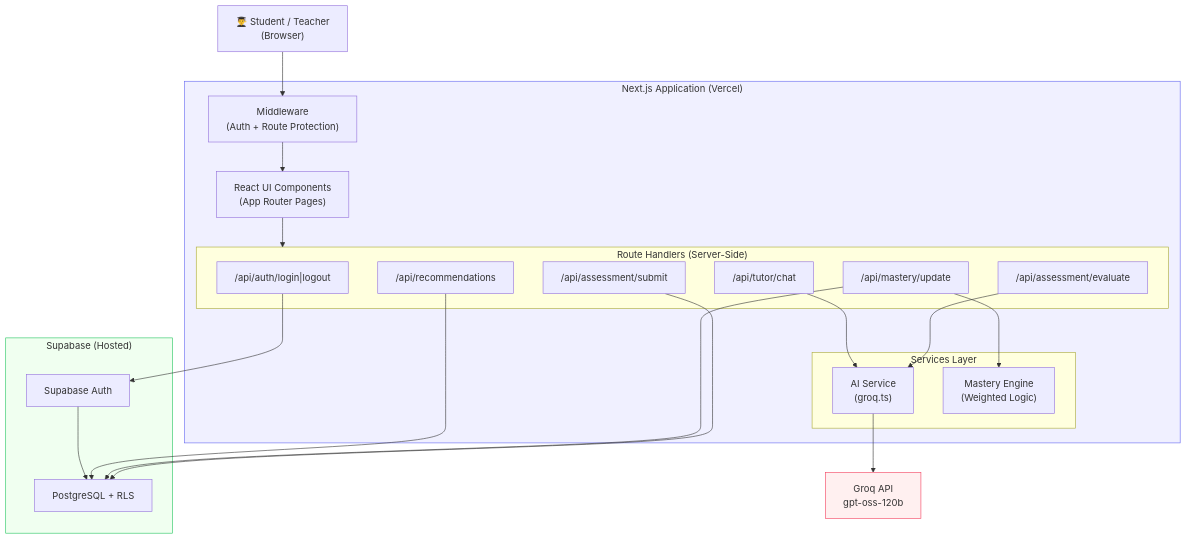
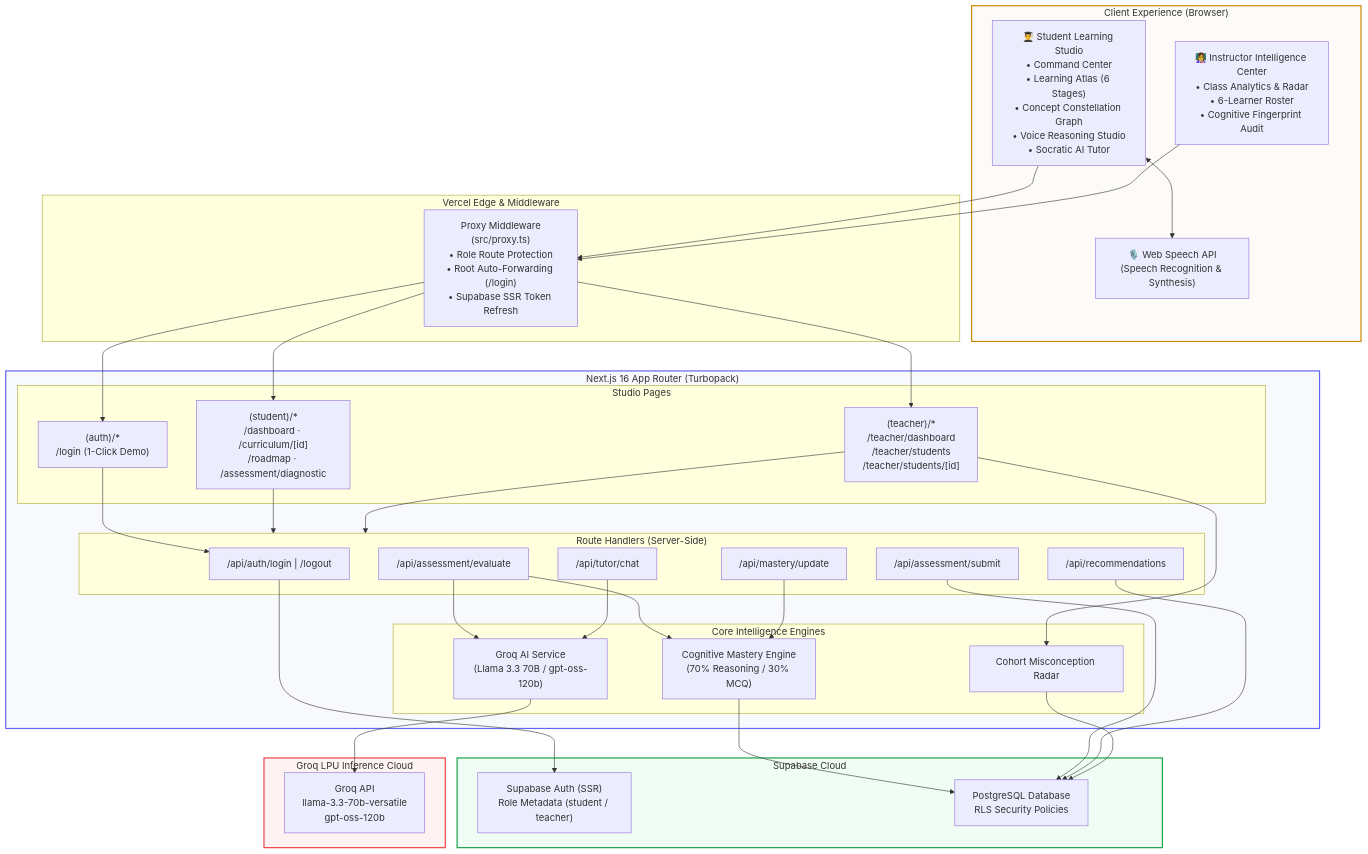
One commit to SK7Cosmo/Agentic-IQ changed the diagram in docs/architecture/system-architecture.mmd. Above: the diagram before and after it, drawn with Mermaid. The commit also changed 3 other files, not shown here.

Commit message:
docs: update README, system architecture diagrams, and technical docs to match updated app

```diff
--- a/docs/architecture/system-architecture.mmd
+++ b/docs/architecture/system-architecture.mmd
@@ -1,45 +1,72 @@
 graph TB
-    Student["👨‍🎓 Student / Teacher<br/>(Browser)"]
-    
-    subgraph NextJS["Next.js Application (Vercel)"]
-        MW["Middleware<br/>(Auth + Route Protection)"]
-        UI["React UI Components<br/>(App Router Pages)"]
-        
+    subgraph Clients["Client Experience (Browser)"]
+        Student["👨‍🎓 Student Learning Studio<br/>• Command Center<br/>• Learning Atlas (6 Stages)<br/>• Concept Constellation Graph<br/>• Voice Reasoning Studio<br/>• Socratic AI Tutor"]
+        Teacher["👩‍🏫 Instructor Intelligence Center<br/>• Class Analytics & Radar<br/>• 6-Learner Roster<br/>• Cognitive Fingerprint Audit"]
+        WebSpeech["🎙️ Web Speech API<br/>(Speech Recognition & Synthesis)"]
+    end
+
+    subgraph Edge["Vercel Edge & Middleware"]
+        Proxy["Proxy Middleware<br/>(src/proxy.ts)<br/>• Role Route Protection<br/>• Root Auto-Forwarding (/login)<br/>• Supabase SSR Token Refresh"]
+    end
+
+    subgraph NextJS["Next.js 16 App Router (Turbopack)"]
+        subgraph Pages["Studio Pages"]
+            StudentPages["(student)/*<br/>/dashboard · /curriculum/[id]<br/>/roadmap · /assessment/diagnostic"]
+            TeacherPages["(teacher)/*<br/>/teacher/dashboard<br/>/teacher/students<br/>/teacher/students/[id]"]
+            AuthPages["(auth)/*<br/>/login (1-Click Demo)"]
+        end
+
         subgraph API["Route Handlers (Server-Side)"]
-            AuthAPI["/api/auth/login|logout"]
+            AuthAPI["/api/auth/login | /logout"]
             EvalAPI["/api/assessment/evaluate"]
             SubmitAPI["/api/assessment/submit"]
             MasteryAPI["/api/mastery/update"]
             RecsAPI["/api/recommendations"]
             TutorAPI["/api/tutor/chat"]
         end
-        
-        subgraph Services["Services Layer"]
-            GroqSvc["AI Service<br/>(groq.ts)"]
-            MasteryEngine["Mastery Engine<br/>(Weighted Logic)"]
+
+        subgraph Services["Core Intelligence Engines"]
+            GroqSvc["Groq AI Service<br/>(Llama 3.3 70B / gpt-oss-120b)"]
+            MasteryEngine["Cognitive Mastery Engine<br/>(70% Reasoning / 30% MCQ)"]
+            RadarEngine["Cohort Misconception Radar"]
         end
     end
-    
-    subgraph Supabase["Supabase (Hosted)"]
-        SupaAuth["Supabase Auth"]
-        PostgreSQL["PostgreSQL + RLS"]
+
+    subgraph Supabase["Supabase Cloud"]
+        SupaAuth["Supabase Auth (SSR)<br/>Role Metadata (student / teacher)"]
+        PostgreSQL["PostgreSQL Database<br/>RLS Security Policies"]
     end
-    
-    GroqAPI["Groq API<br/>gpt-oss-120b"]
-    
-    Student --> MW
-    MW --> UI
-    UI --> API
+
+    subgraph AI["Groq LPU Inference Cloud"]
+        GroqAPI["Groq API<br/>llama-3.3-70b-versatile<br/>gpt-oss-120b"]
+    end
+
+    Student --> Proxy
+    Teacher --> Proxy
+    Student <--> WebSpeech
+    Proxy --> StudentPages
+    Proxy --> TeacherPages
+    Proxy --> AuthPages
+
+    StudentPages --> API
+    TeacherPages --> API
+    AuthPages --> AuthAPI
+
     AuthAPI --> SupaAuth
     EvalAPI --> GroqSvc
-    SubmitAPI --> PostgreSQL
-    MasteryAPI --> MasteryEngine
-    MasteryAPI --> PostgreSQL
-    RecsAPI --> PostgreSQL
     TutorAPI --> GroqSvc
     GroqSvc --> GroqAPI
-    SupaAuth --> PostgreSQL
 
-    style NextJS fill:#f0f0ff,stroke:#6366f1
-    style Supabase fill:#f0fff0,stroke:#22c55e
-    style GroqAPI fill:#fff0f0,stroke:#f43f5e
+    EvalAPI --> MasteryEngine
+    MasteryAPI --> MasteryEngine
+    MasteryEngine --> PostgreSQL
+    SubmitAPI --> PostgreSQL
+    RecsAPI --> PostgreSQL
+
+    TeacherPages --> RadarEngine
+    RadarEngine --> PostgreSQL
+
+    style NextJS fill:#f8f9fc,stroke:#6366f1,stroke-width:2px
+    style Supabase fill:#f0fdf4,stroke:#16a34a,stroke-width:2px
+    style AI fill:#fef2f2,stroke:#ef4444,stroke-width:2px
+    style Clients fill:#fdfbf7,stroke:#ca8a04,stroke-width:2px
```
